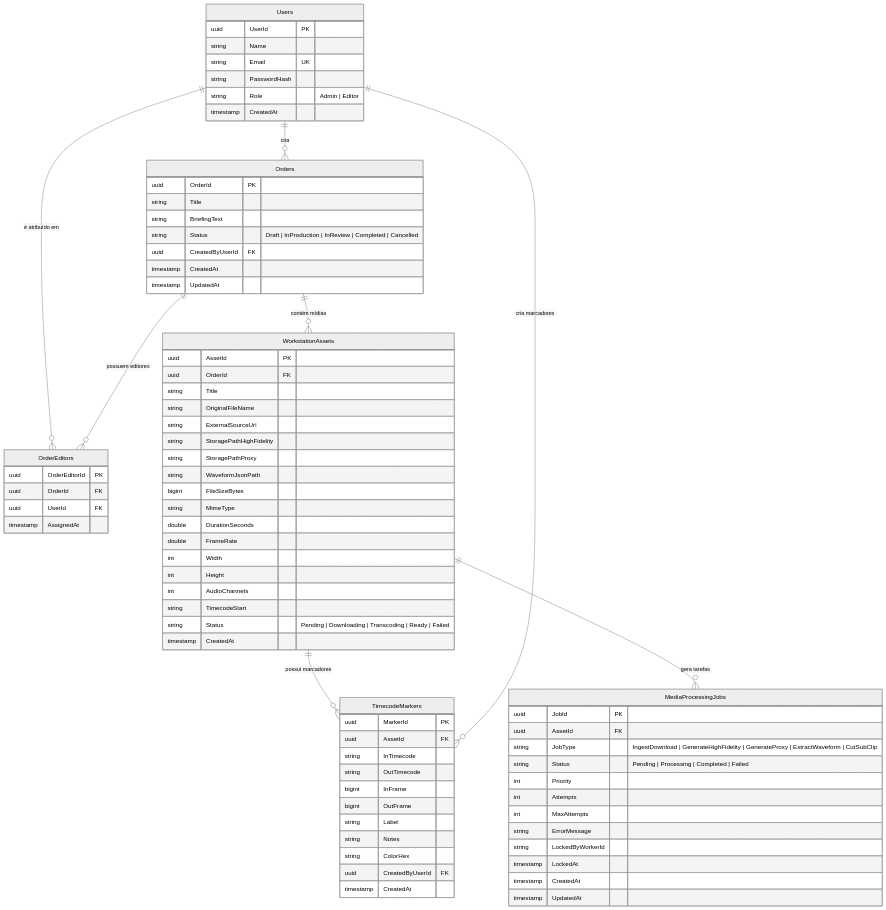
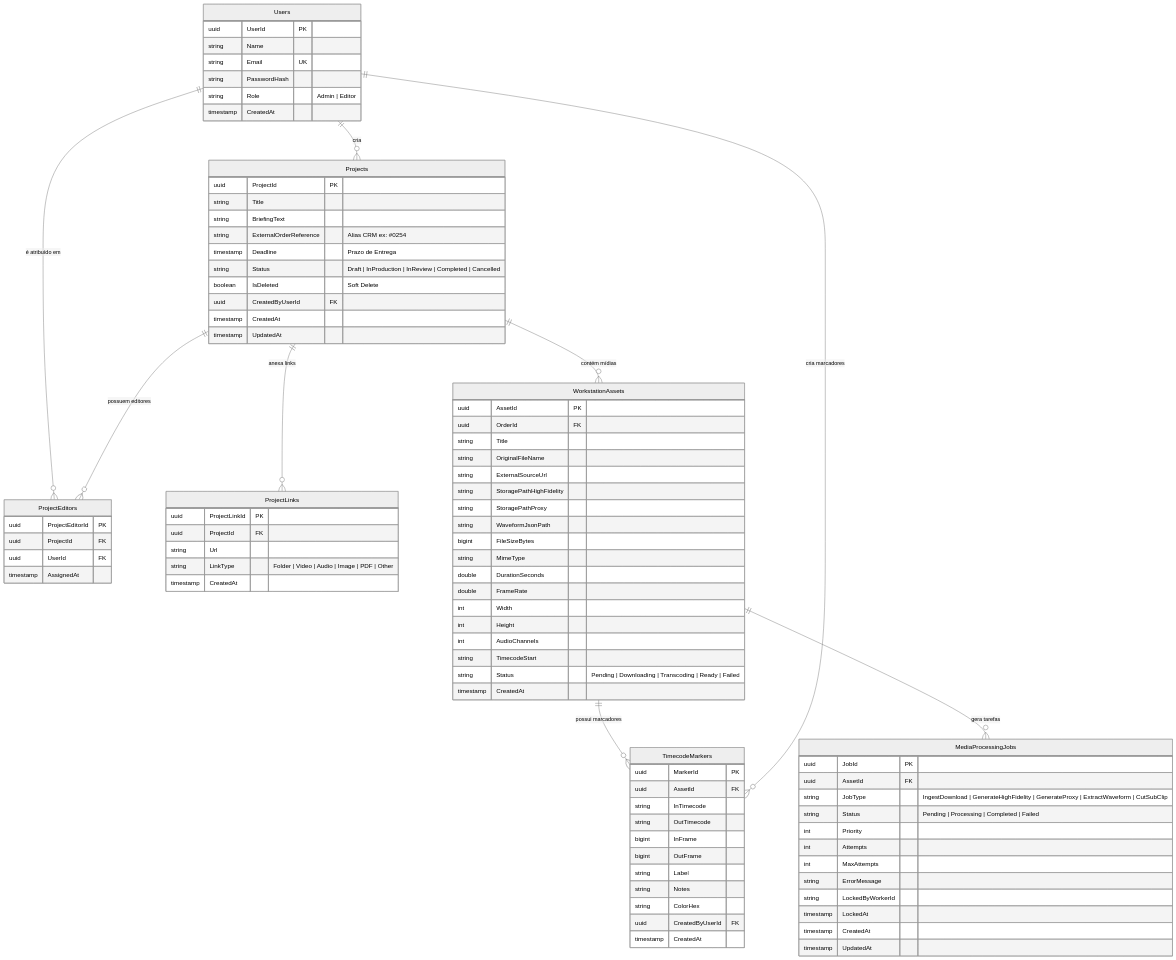
One commit to Havenox/media8-workstation changed the diagram in docs/DATABASE_SCHEMA.md. Above: the diagram before and after it, drawn with Mermaid (neutral theme). The commit also changed other lines of this file and 1 other file, not shown here.

Commit message:
docs: atualiza esquema ERD v1.1.0 e estudo de caso 005 com DDL e validacao de prazo

````diff
--- a/docs/DATABASE_SCHEMA.md
+++ b/docs/DATABASE_SCHEMA.md
@@ -11,9 +11,10 @@
 ```mermaid
 erDiagram
-    Users ||--o{ Orders : "cria"
-    Users ||--o{ OrderEditors : "é atribuído em"
-    Orders ||--o{ OrderEditors : "possuem editores"
-    Orders ||--o{ WorkstationAssets : "contém mídias"
+    Users ||--o{ Projects : "cria"
+    Users ||--o{ ProjectEditors : "é atribuído em"
+    Projects ||--o{ ProjectEditors : "possuem editores"
+    Projects ||--o{ ProjectLinks : "anexa links"
+    Projects ||--o{ WorkstationAssets : "contém mídias"
     WorkstationAssets ||--o{ TimecodeMarkers : "possui marcadores"
     WorkstationAssets ||--o{ MediaProcessingJobs : "gera tarefas"
     Users ||--o{ TimecodeMarkers : "cria marcadores"
@@ -27,21 +28,32 @@
         timestamp CreatedAt
     }
 
-    Orders {
-        uuid OrderId PK
+    Projects {
+        uuid ProjectId PK
         string Title
         string BriefingText
+        string ExternalOrderReference "Alias CRM ex: #0254"
+        timestamp Deadline "Prazo de Entrega"
         string Status "Draft | InProduction | InReview | Completed | Cancelled"
+        boolean IsDeleted "Soft Delete"
         uuid CreatedByUserId FK
         timestamp CreatedAt
         timestamp UpdatedAt
     }
 
-    OrderEditors {
-        uuid OrderEditorId PK
-        uuid OrderId FK
+    ProjectEditors {
+        uuid ProjectEditorId PK
+        uuid ProjectId FK
         uuid UserId FK
         timestamp AssignedAt
+    }
+
+    ProjectLinks {
+        uuid ProjectLinkId PK
+        uuid ProjectId FK
+        string Url
+        string LinkType "Folder | Video | Audio | Image | PDF | Other"
+        timestamp CreatedAt
     }
 
     WorkstationAssets {
````
